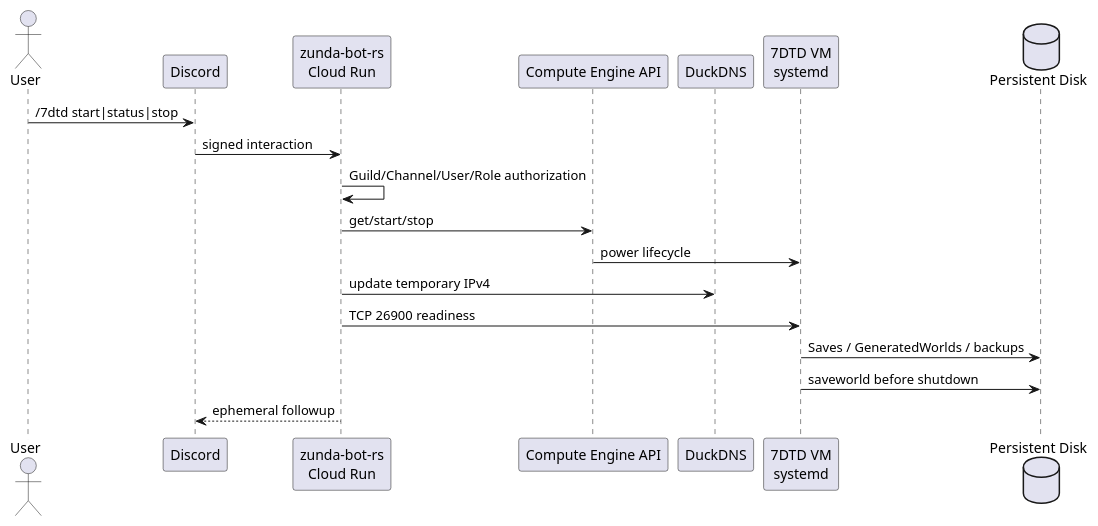
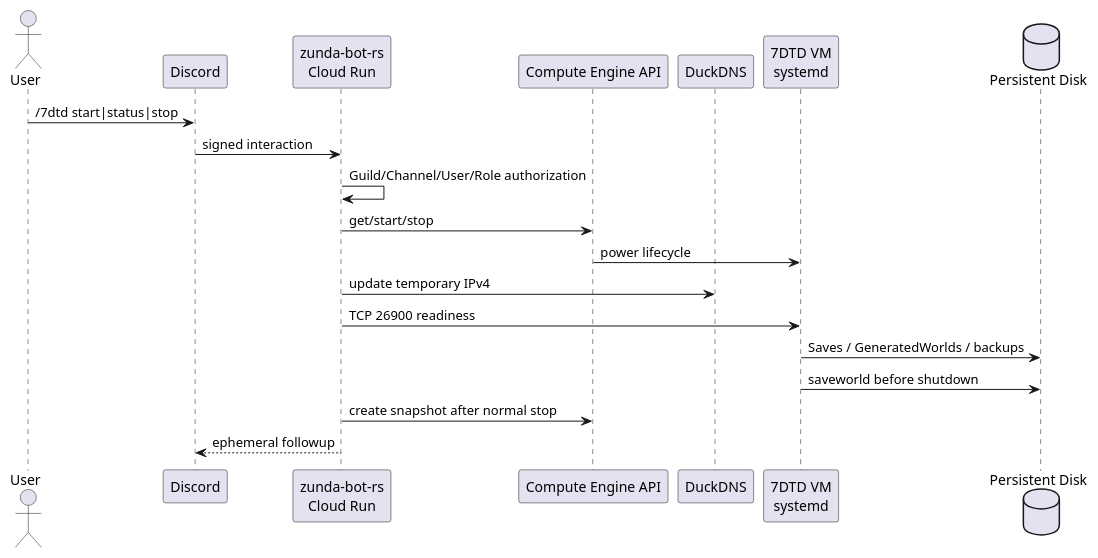
The diagram in docs/uml/seven-days-server.puml (novum-d/zunda-bot-rs), drawn with PlantUML before and after one commit. The commit also changed 1 other file, not shown here.

```diff
--- a/docs/uml/seven-days-server.puml
+++ b/docs/uml/seven-days-server.puml
@@ -1,19 +1,20 @@
 @startuml
 actor User
 participant Discord
 participant "zunda-bot-rs\nCloud Run" as Bot
 participant "Compute Engine API" as Compute
 participant DuckDNS
 participant "7DTD VM\nsystemd" as VM
 database "Persistent Disk" as Disk
 User -> Discord: /7dtd start|status|stop
 Discord -> Bot: signed interaction
 Bot -> Bot: Guild/Channel/User/Role authorization
 Bot -> Compute: get/start/stop
 Compute -> VM: power lifecycle
 Bot -> DuckDNS: update temporary IPv4
 Bot -> VM: TCP 26900 readiness
 VM -> Disk: Saves / GeneratedWorlds / backups
 VM -> Disk: saveworld before shutdown
+Bot -> Compute: create snapshot after normal stop
 Bot --> Discord: ephemeral followup
 @enduml
```
